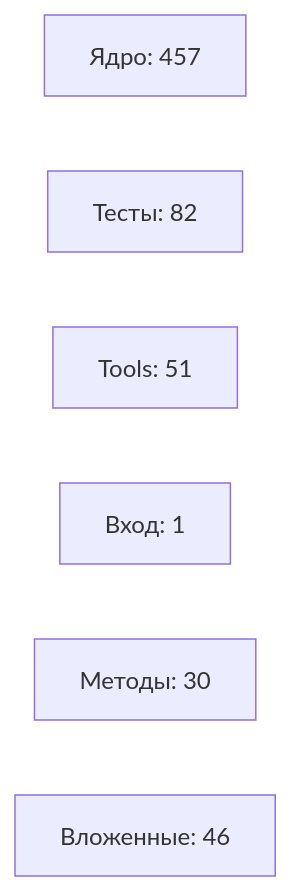
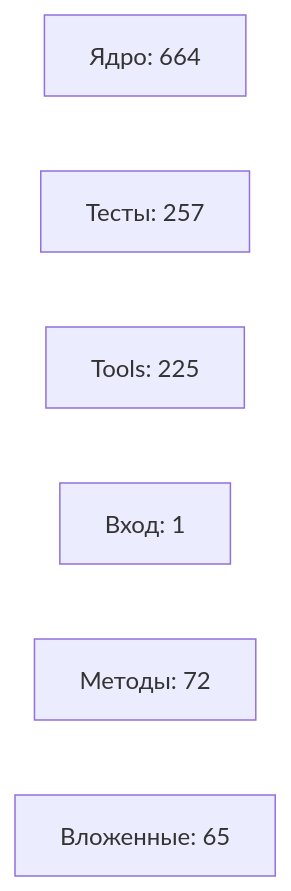
One commit to OrionFLASH/SPOD_PARCE_LOAD changed the third of 5 diagrams in Docs/CODEBASE_ANALYTICS.md. Above: the diagram before and after it, drawn with Mermaid. The commit also changed other lines of this file and 9 other files, not shown here.

````diff
--- a/Docs/CODEBASE_ANALYTICS.md
+++ b/Docs/CODEBASE_ANALYTICS.md
@@ -158,9 +176,9 @@
 ```mermaid
 flowchart LR
-    core[Ядро: 457]
-    tests[Тесты: 82]
-    tools[Tools: 51]
+    core[Ядро: 664]
+    tests[Тесты: 257]
+    tools[Tools: 225]
     entry[Вход: 1]
-    methods[Методы: 30]
-    nested[Вложенные: 46]
+    methods[Методы: 72]
+    nested[Вложенные: 65]
 ```
````
